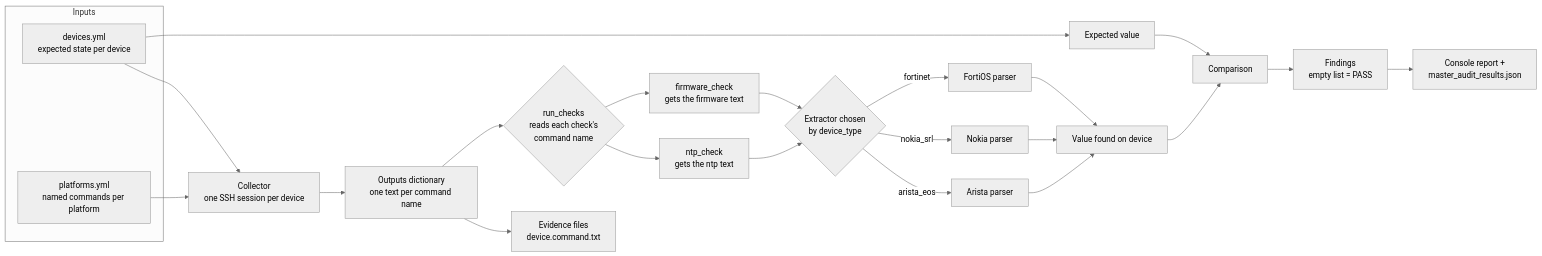
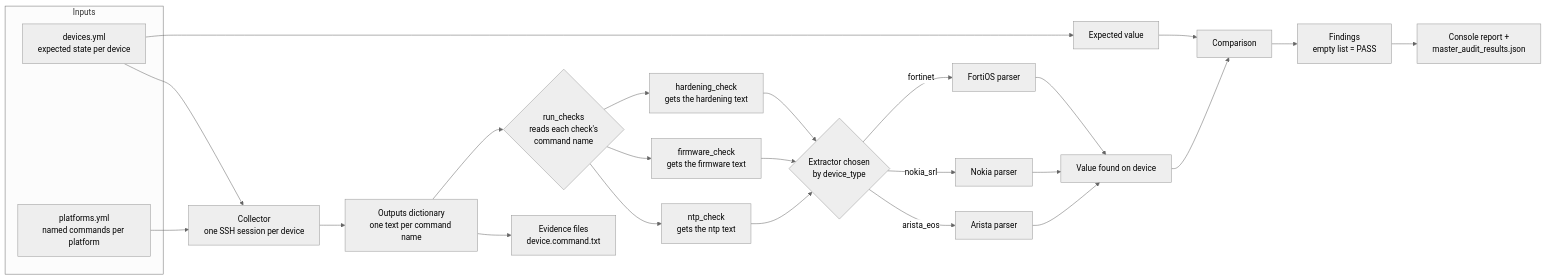
Before and after one commit to princesoin/python-network-compliance-audit-engine: the first of 2 diagrams in README.md, drawn with Mermaid (neutral theme). The commit also changed other lines of this file and 3 other files, not shown here.

````diff
--- a/README.md
+++ b/README.md
@@ -80,27 +85,29 @@
 ```mermaid
 flowchart LR
     subgraph Inputs
         A[devices.yml<br/>expected state per device]
         P[platforms.yml<br/>named commands per platform]
     end
     A --> B[Collector<br/>one SSH session per device]
     P --> B
     B --> C[Outputs dictionary<br/>one text per command name]
     C --> E[Evidence files<br/>device.command.txt]
     C --> R{run_checks<br/>reads each check's<br/>command name}
     R --> K1[ntp_check<br/>gets the ntp text]
     R --> K2[firmware_check<br/>gets the firmware text]
+    R --> K3[hardening_check<br/>gets the hardening text]
     K1 --> D{Extractor chosen<br/>by device_type}
     K2 --> D
+    K3 --> D
     D -->|arista_eos| D1[Arista parser]
     D -->|nokia_srl| D2[Nokia parser]
     D -->|fortinet| D3[FortiOS parser]
     D1 --> F[Value found on device]
     D2 --> F
     D3 --> F
     A --> G[Expected value]
     F --> H[Comparison]
     G --> H
     H --> I[Findings<br/>empty list = PASS]
     I --> J[Console report +<br/>master_audit_results.json]
 ```
````
